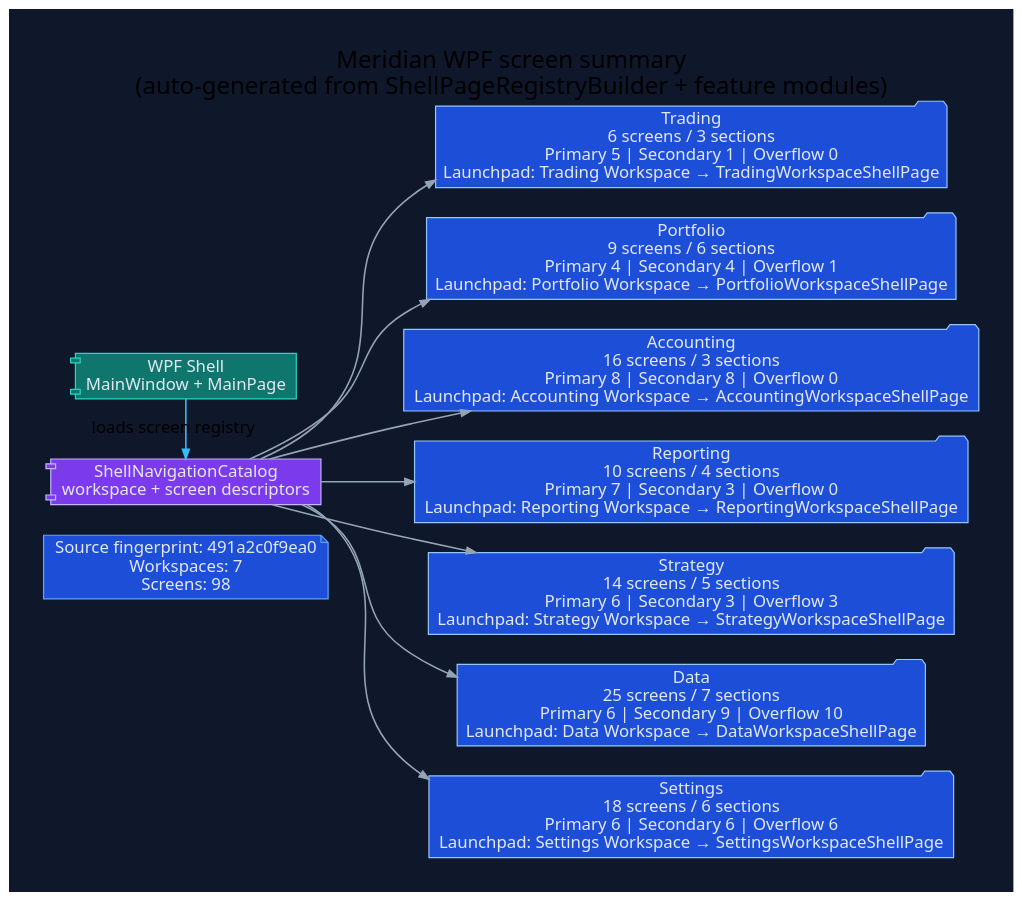
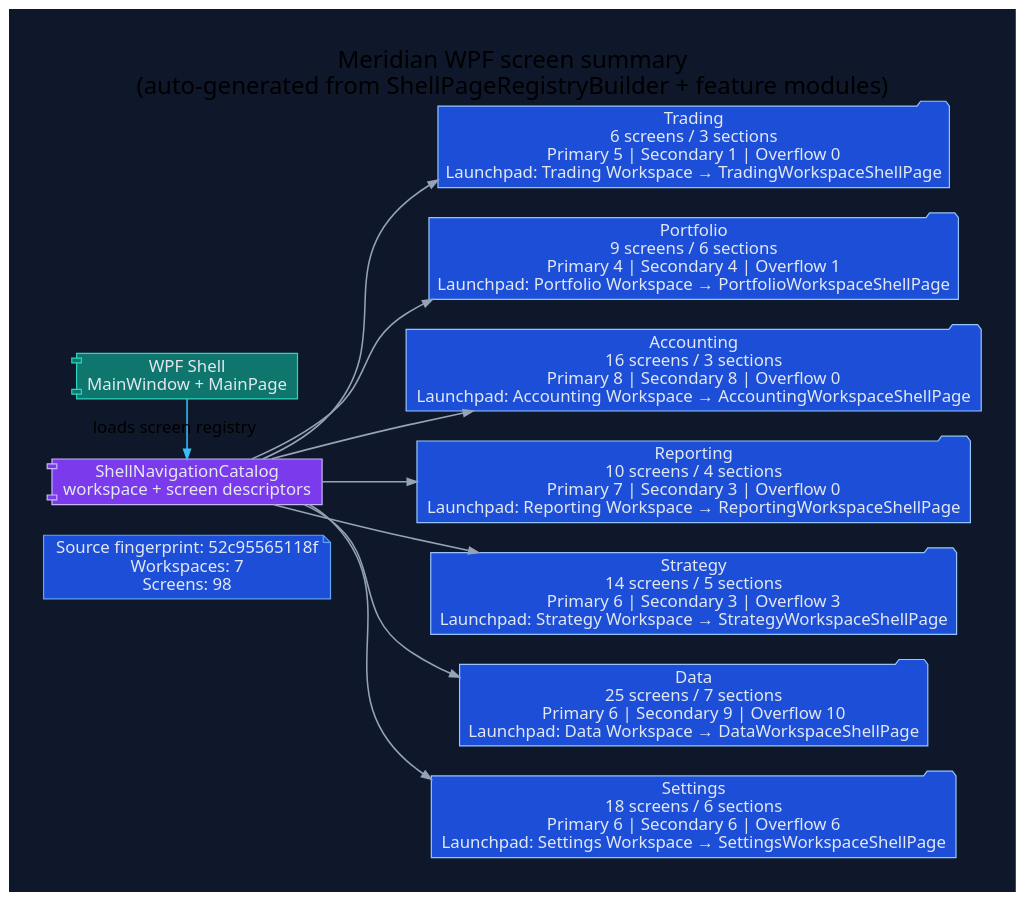
Before and after one commit to rodoHasArrived/Meridian-main: the diagram in docs/diagrams/ui-wpf-screen-summary.dot, drawn with Graphviz. The commit also changed 197 other files, not shown here.

```diff
--- a/docs/diagrams/ui-wpf-screen-summary.dot
+++ b/docs/diagrams/ui-wpf-screen-summary.dot
@@ -1,42 +1,42 @@
 // -----------------------------------------------------------------------------
 // <auto-generated>
 // Generated by scripts/generate-diagrams.mjs.
 // Do not edit this file directly; update the WPF source files instead.
 // -----------------------------------------------------------------------------
 digraph WpfScreenSummary {
   graph [
     rankdir=LR,
     labelloc=t,
     label="Meridian WPF screen summary\n(auto-generated from ShellPageRegistryBuilder + feature modules)",
     fontname="Segoe UI",
     fontsize=20,
     pad=0.4,
     nodesep=0.35,
     ranksep=0.85,
     bgcolor="#0f172a"
   ];
   node [fontname="Segoe UI", shape=box, style="rounded,filled", color="#475569", fontcolor="#e2e8f0", fillcolor="#1e293b"];
   edge [fontname="Segoe UI", color="#94a3b8", penwidth=1.3, arrowsize=0.8];
 
-  generated [shape=note, fillcolor="#1d4ed8", color="#60a5fa", label="Source fingerprint: 491a2c0f9ea0\nWorkspaces: 7\nScreens: 98"];
+  generated [shape=note, fillcolor="#1d4ed8", color="#60a5fa", label="Source fingerprint: 52c95565118f\nWorkspaces: 7\nScreens: 98"];
   shell [shape=component, fillcolor="#0f766e", color="#2dd4bf", label="WPF Shell\nMainWindow + MainPage"];
   catalog [shape=component, fillcolor="#7c3aed", color="#c4b5fd", label="ShellNavigationCatalog\nworkspace + screen descriptors"];
   shell -> catalog [label="loads screen registry", color="#38bdf8"];
 
   workspace_1 [shape=folder, fillcolor="#1d4ed8", color="#93c5fd", label="Trading\n6 screens / 3 sections\nPrimary 5 | Secondary 1 | Overflow 0\nLaunchpad: Trading Workspace → TradingWorkspaceShellPage"];
   catalog -> workspace_1;
   workspace_2 [shape=folder, fillcolor="#1d4ed8", color="#93c5fd", label="Portfolio\n9 screens / 6 sections\nPrimary 4 | Secondary 4 | Overflow 1\nLaunchpad: Portfolio Workspace → PortfolioWorkspaceShellPage"];
   catalog -> workspace_2;
   workspace_3 [shape=folder, fillcolor="#1d4ed8", color="#93c5fd", label="Accounting\n16 screens / 3 sections\nPrimary 8 | Secondary 8 | Overflow 0\nLaunchpad: Accounting Workspace → AccountingWorkspaceShellPage"];
   catalog -> workspace_3;
   workspace_4 [shape=folder, fillcolor="#1d4ed8", color="#93c5fd", label="Reporting\n10 screens / 4 sections\nPrimary 7 | Secondary 3 | Overflow 0\nLaunchpad: Reporting Workspace → ReportingWorkspaceShellPage"];
   catalog -> workspace_4;
   workspace_5 [shape=folder, fillcolor="#1d4ed8", color="#93c5fd", label="Strategy\n14 screens / 5 sections\nPrimary 6 | Secondary 3 | Overflow 3\nLaunchpad: Strategy Workspace → StrategyWorkspaceShellPage"];
   catalog -> workspace_5;
   workspace_6 [shape=folder, fillcolor="#1d4ed8", color="#93c5fd", label="Data\n25 screens / 7 sections\nPrimary 6 | Secondary 9 | Overflow 10\nLaunchpad: Data Workspace → DataWorkspaceShellPage"];
   catalog -> workspace_6;
   workspace_7 [shape=folder, fillcolor="#1d4ed8", color="#93c5fd", label="Settings\n18 screens / 6 sections\nPrimary 6 | Secondary 6 | Overflow 6\nLaunchpad: Settings Workspace → SettingsWorkspaceShellPage"];
   catalog -> workspace_7;
 
   { rank=min; generated; shell; catalog; }
 }
```
